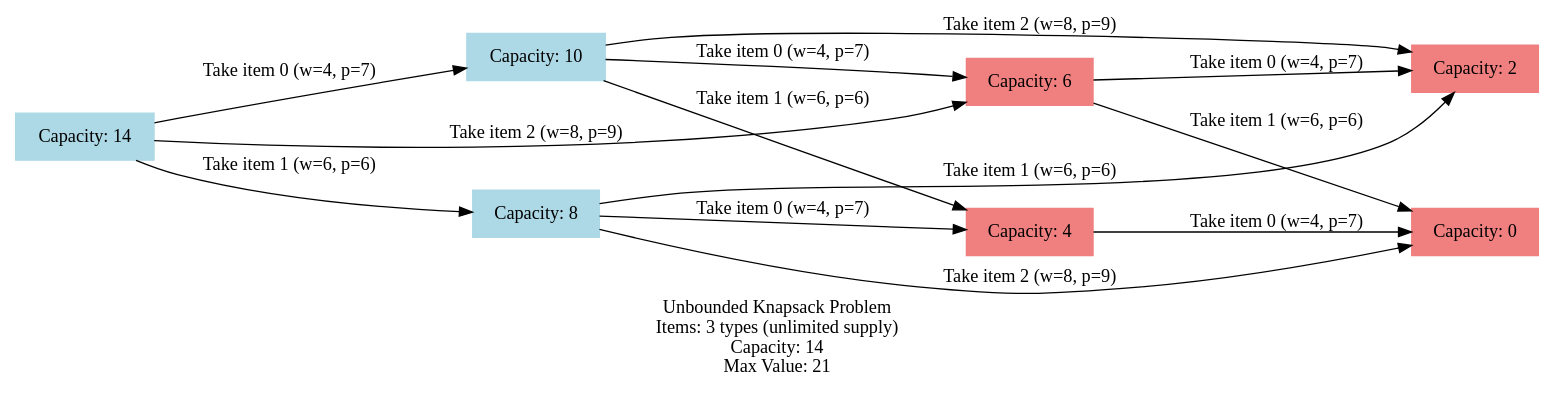
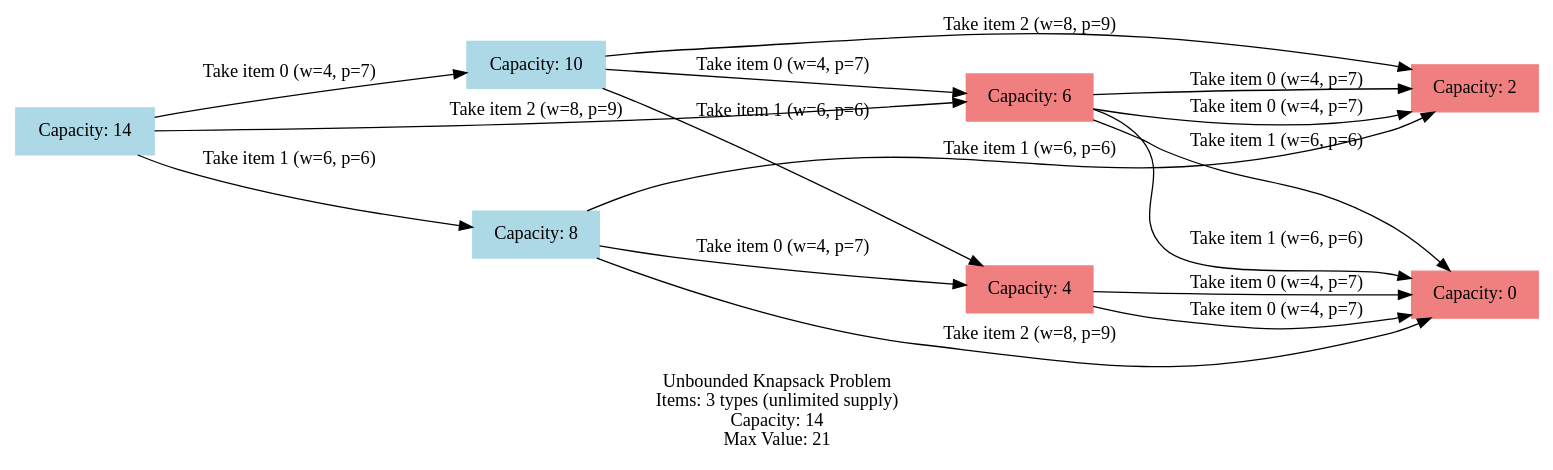
Before and after one commit to HangenYuu/SC2001-Lab: the diagram in Project 3/Digraph.gv, drawn with Graphviz. The commit also changed 2 other files, not shown here.

Commit message:
Visualize duplicated calls in subproblem graph

```diff
--- a/Project 3/Digraph.gv
+++ b/Project 3/Digraph.gv
@@ -1,32 +1,35 @@
 // Unbounded Knapsack Subproblem Graph
 digraph {
 	graph [rankdir=LR]
 	node [color=lightblue shape=box style=filled]
 	"P(14)" [label="Capacity: 14"]
 	"P(10)" [label="Capacity: 10"]
 	"P(14)" -> "P(10)" [label="Take item 0 (w=4, p=7)"]
 	"P(6)" [label="Capacity: 6"]
 	"P(10)" -> "P(6)" [label="Take item 0 (w=4, p=7)"]
 	"P(2)" [label="Capacity: 2"]
 	"P(6)" -> "P(2)" [label="Take item 0 (w=4, p=7)"]
 	"P(0)" [label="Capacity: 0"]
 	"P(6)" -> "P(0)" [label="Take item 1 (w=6, p=6)"]
 	"P(4)" [label="Capacity: 4"]
 	"P(10)" -> "P(4)" [label="Take item 1 (w=6, p=6)"]
 	"P(4)" -> "P(0)" [label="Take item 0 (w=4, p=7)"]
 	"P(10)" -> "P(2)" [label="Take item 2 (w=8, p=9)"]
 	"P(8)" [label="Capacity: 8"]
 	"P(14)" -> "P(8)" [label="Take item 1 (w=6, p=6)"]
 	"P(8)" -> "P(4)" [label="Take item 0 (w=4, p=7)"]
+	"P(4)" -> "P(0)" [label="Take item 0 (w=4, p=7)"]
 	"P(8)" -> "P(2)" [label="Take item 1 (w=6, p=6)"]
 	"P(8)" -> "P(0)" [label="Take item 2 (w=8, p=9)"]
 	"P(14)" -> "P(6)" [label="Take item 2 (w=8, p=9)"]
+	"P(6)" -> "P(2)" [label="Take item 0 (w=4, p=7)"]
+	"P(6)" -> "P(0)" [label="Take item 1 (w=6, p=6)"]
 	"P(6)" [color=lightcoral tooltip="Visited 2 times"]
 	"P(2)" [color=lightcoral tooltip="Visited 4 times"]
 	"P(0)" [color=lightcoral tooltip="Visited 5 times"]
 	"P(4)" [color=lightcoral tooltip="Visited 2 times"]
 	graph [label="Unbounded Knapsack Problem
 Items: 3 types (unlimited supply)
 Capacity: 14
 Max Value: 21"]
 }
```
